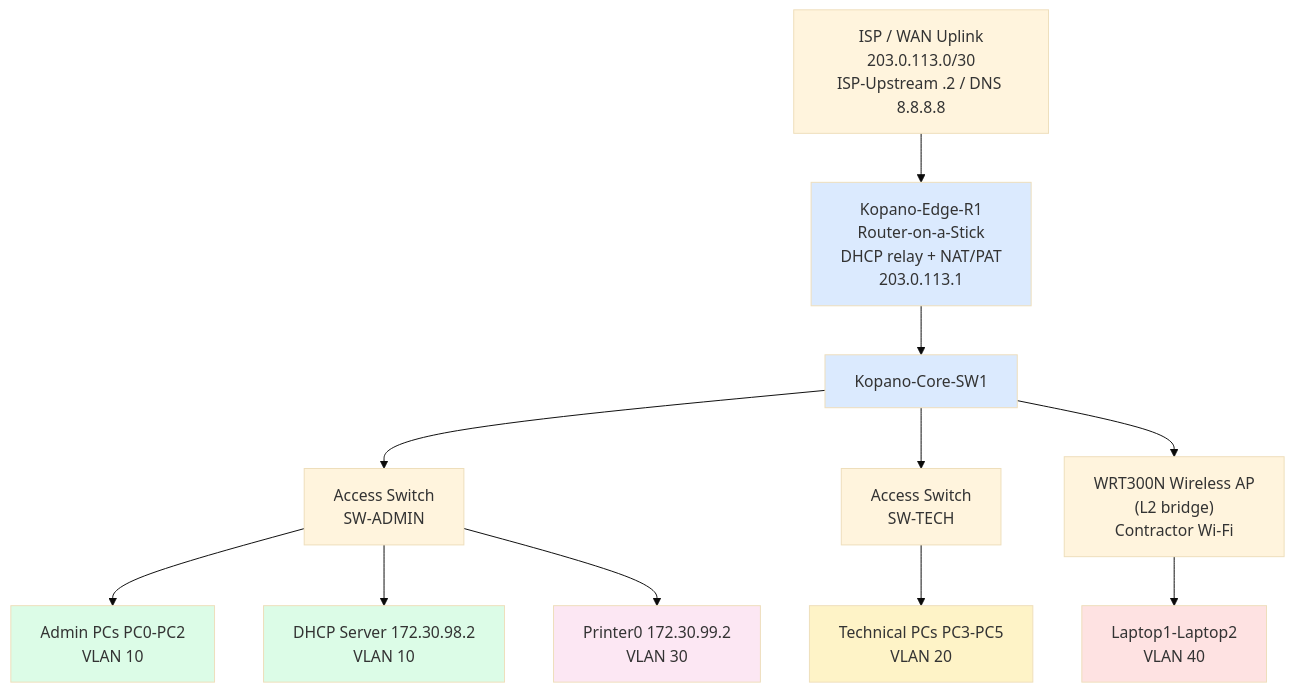
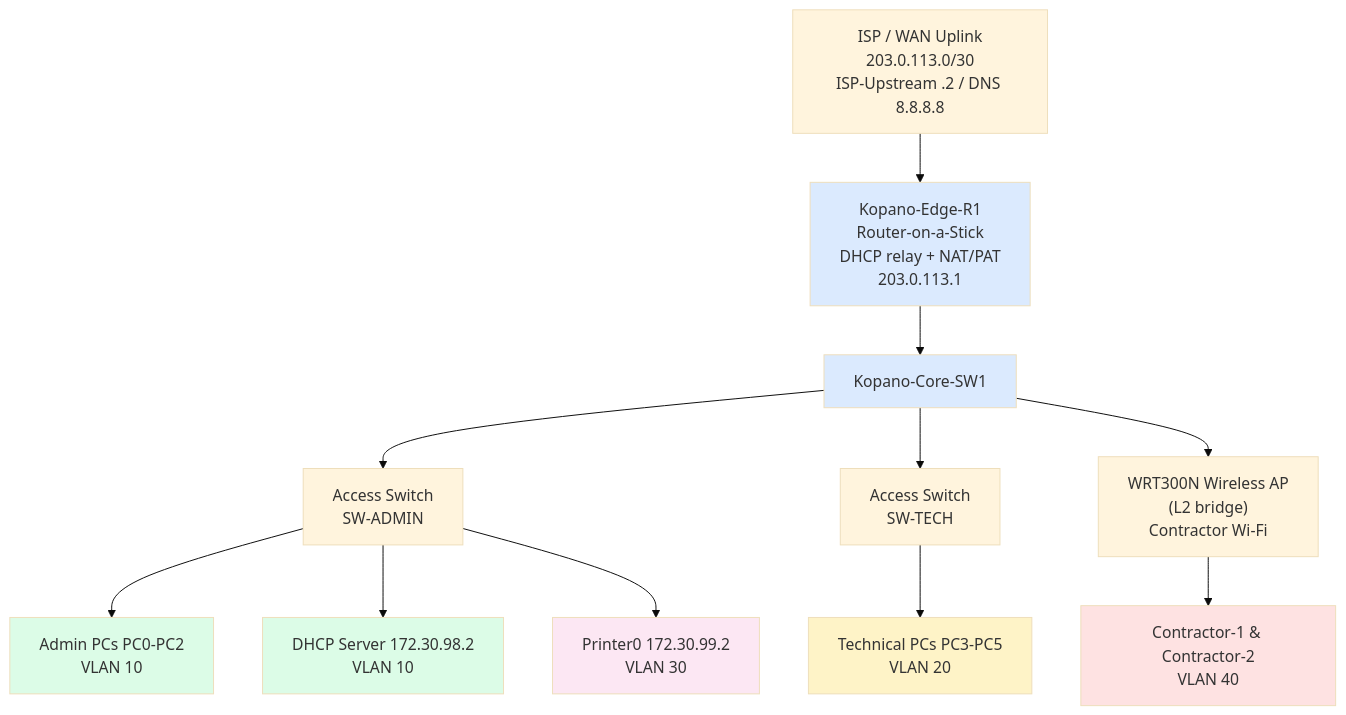
One commit to Naxisbeast/CMPG325-Kopano-Network changed the diagram in topology/physical-topology.md. Above: the diagram before and after it, drawn with Mermaid (base theme). The commit also changed other lines of this file, not shown here.

First line of the commit message:
docs: rename contractor devices in physical topology diagrams

````diff
--- a/topology/physical-topology.md
+++ b/topology/physical-topology.md
@@ -97,22 +97,22 @@
 ```mermaid
 graph TD
     WAN["ISP / WAN Uplink<br/>203.0.113.0/30<br/>ISP-Upstream .2 / DNS 8.8.8.8"] --> R1["Kopano-Edge-R1<br/>Router-on-a-Stick<br/>DHCP relay + NAT/PAT<br/>203.0.113.1"]
     R1 --> CORE["Kopano-Core-SW1"]
     CORE --> SWADMIN["Access Switch<br/>SW-ADMIN"]
     CORE --> SWTECH["Access Switch<br/>SW-TECH"]
     CORE --> AP["WRT300N Wireless AP<br/>(L2 bridge)<br/>Contractor Wi-Fi"]
 
     SWADMIN --> AdminPCs["Admin PCs PC0-PC2<br/>VLAN 10"]
     SWADMIN --> DHCPServer["DHCP Server 172.30.98.2<br/>VLAN 10"]
     SWADMIN --> Printer["Printer0 172.30.99.2<br/>VLAN 30"]
     SWTECH --> TechPCs["Technical PCs PC3-PC5<br/>VLAN 20"]
-    AP --> Contractors["Laptop1-Laptop2<br/>VLAN 40"]
+    AP --> Contractors["Contractor-1 &amp; Contractor-2<br/>VLAN 40"]
 
     style R1 fill:#dbeafe
     style CORE fill:#dbeafe
     style AdminPCs fill:#dcfce7
     style DHCPServer fill:#dcfce7
     style TechPCs fill:#fef3c7
     style Printer fill:#fce7f3
     style Contractors fill:#fee2e2
 ```
````
